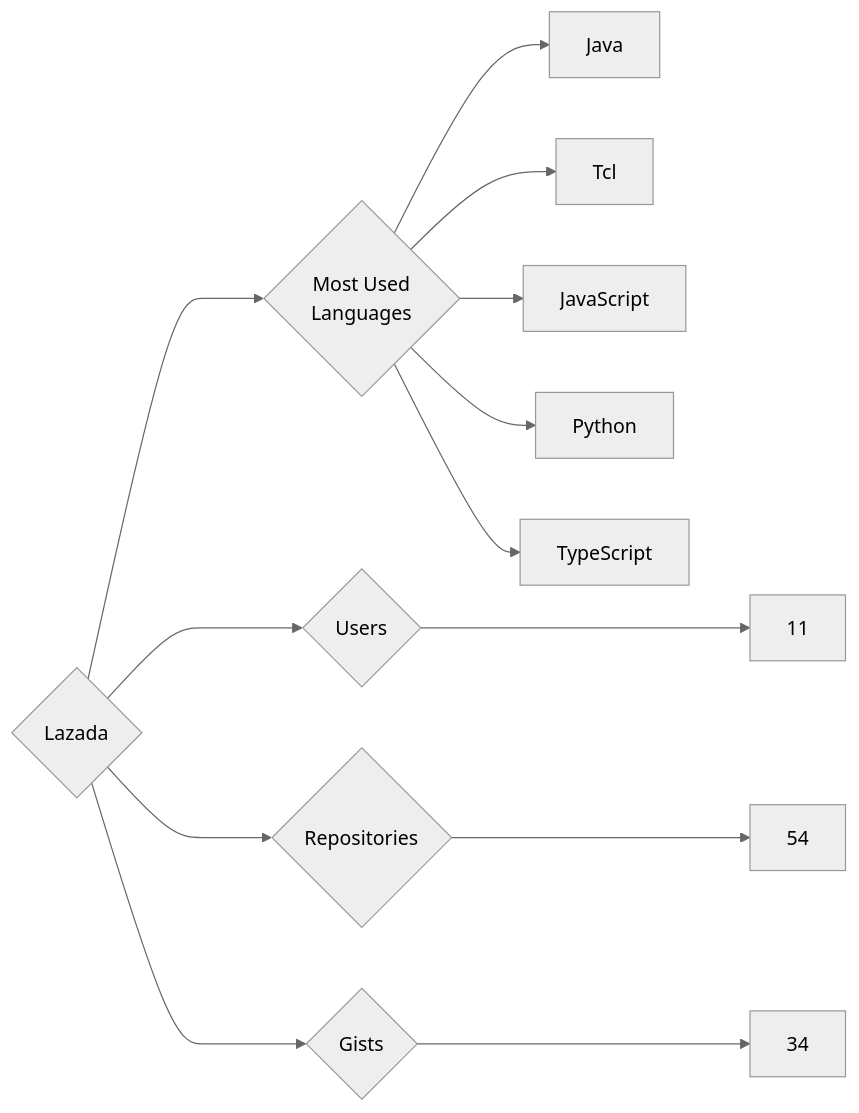
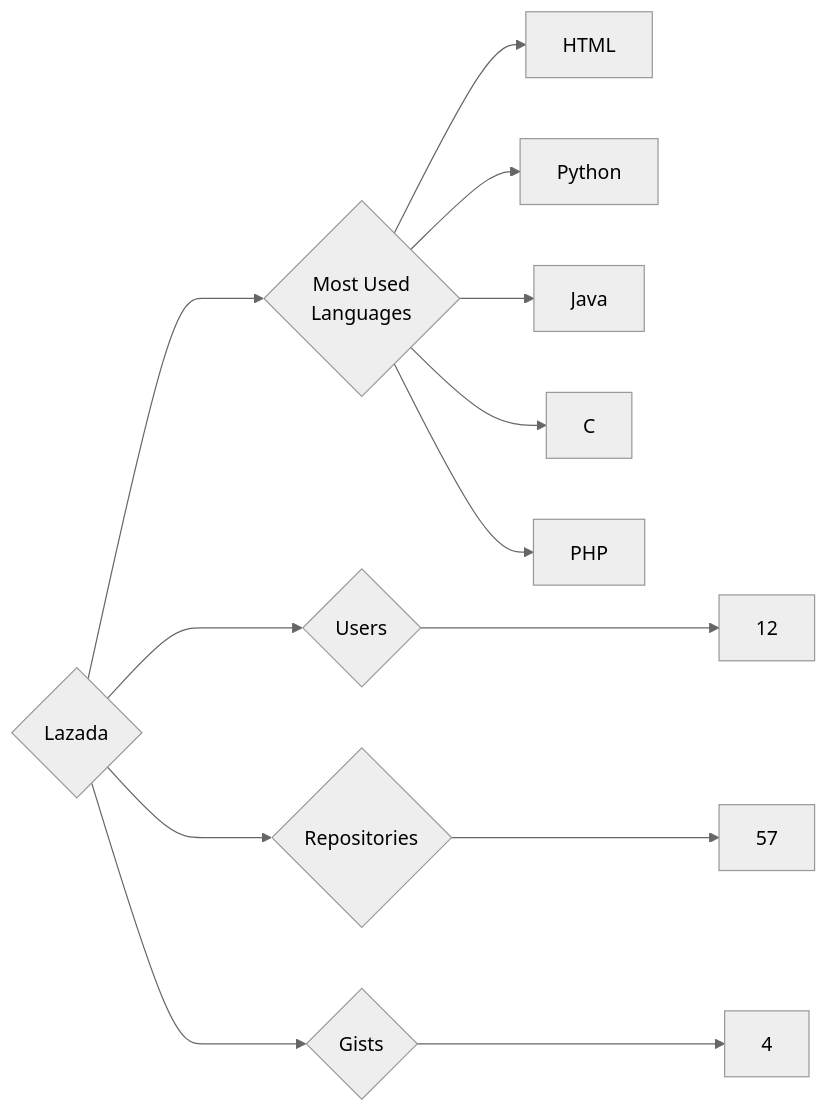
Before and after one commit to trickest/insiders: the diagram in targets/Lazada/README.md, drawn with Mermaid (neutral theme). The commit also changed 736 other files, not shown here.

````diff
--- a/targets/Lazada/README.md
+++ b/targets/Lazada/README.md
@@ -3,13 +3,13 @@
 ```mermaid
 graph LR
 COMPANY_NAME{Lazada}
-COMPANY_NAME ---> U{Users} ---> UN[11]
-COMPANY_NAME ---> R{Repositories} ---> RN[54]
-COMPANY_NAME ---> G{Gists} ---> GN[34]
+COMPANY_NAME ---> U{Users} ---> UN[12]
+COMPANY_NAME ---> R{Repositories} ---> RN[57]
+COMPANY_NAME ---> G{Gists} ---> GN[4]
 COMPANY_NAME ---> ML{Most Used<br>Languages}
+ML --> HTML[HTML]
+ML --> Python[Python]
 ML --> Java[Java]
-ML --> Tcl[Tcl]
-ML --> JavaScript[JavaScript]
-ML --> Python[Python]
-ML --> TypeScript[TypeScript]
+ML --> C[C]
+ML --> PHP[PHP]
 ```
````
